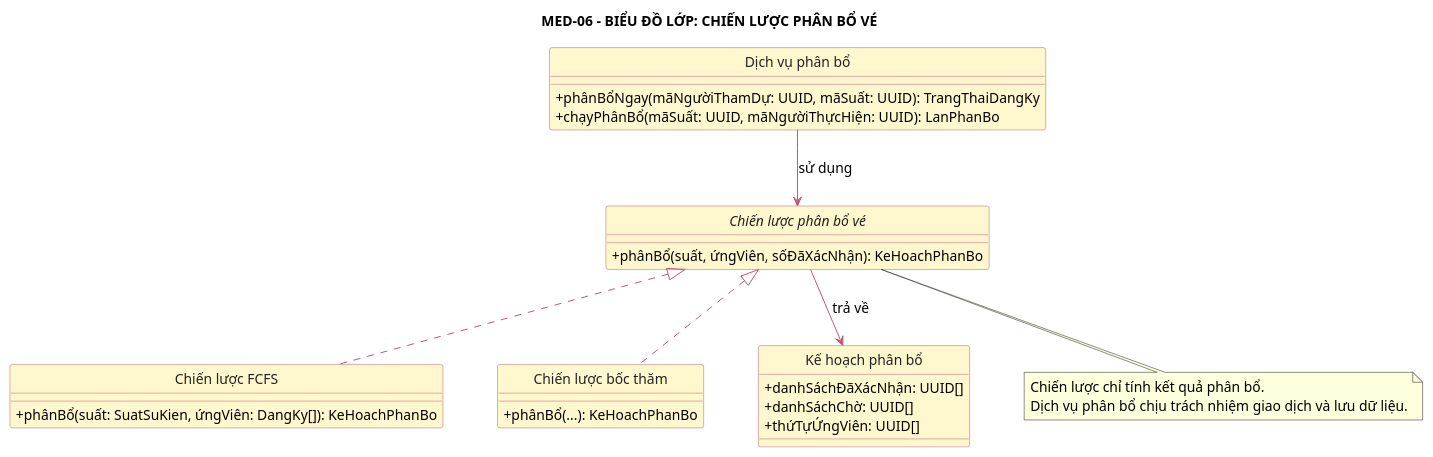
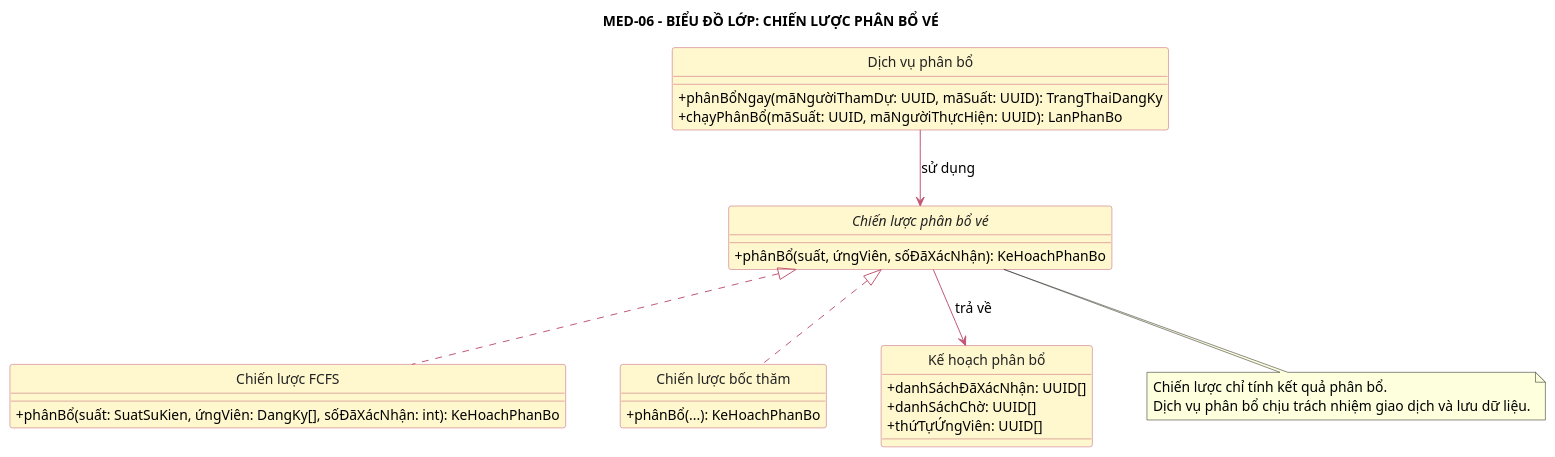
Before and after one commit to anh632k-ui/OOP-DoAn: the diagram in PTTK/03_ClassDiagram/03-class-diagram-strategy.puml, drawn with PlantUML.

Commit message:
fix(pttk): đồng bộ chữ ký và thông điệp lớp nghiệp vụ

```diff
--- a/PTTK/03_ClassDiagram/03-class-diagram-strategy.puml
+++ b/PTTK/03_ClassDiagram/03-class-diagram-strategy.puml
@@ -1,53 +1,53 @@
 @startuml
 skinparam class {
  BackgroundColor #FFF8CE
  BorderColor #C05773
  ArrowColor #C05773
  FontColor #222222
 }
 top to bottom direction
 skinparam shadowing false
 skinparam classAttributeIconSize 0
 skinparam defaultFontSize 14
 skinparam nodesep 55
 skinparam ranksep 55
 hide circle
 hide stereotypes
 
 title MED-06 - BIỂU ĐỒ LỚP: CHIẾN LƯỢC PHÂN BỔ VÉ
 
 class "Dịch vụ phân bổ" as DVPhanBo {
   + phânBổNgay(mãNgườiThamDự: UUID, mãSuất: UUID): TrangThaiDangKy
   + chạyPhânBổ(mãSuất: UUID, mãNgườiThựcHiện: UUID): LanPhanBo
 }
 
 interface "Chiến lược phân bổ vé" as ChienLuocPhanBo {
   + phânBổ(suất, ứngViên, sốĐãXácNhận): KeHoachPhanBo
 }
 
 class "Chiến lược FCFS" as ChienLuocFCFS {
-  + phânBổ(suất: SuatSuKien, ứngViên: DangKy[]): KeHoachPhanBo
+  + phânBổ(suất: SuatSuKien, ứngViên: DangKy[], sốĐãXácNhận: int): KeHoachPhanBo
 }
 
 class "Chiến lược bốc thăm" as ChienLuocBocTham {
   + phânBổ(...): KeHoachPhanBo
 }
 
 class "Kế hoạch phân bổ" as KeHoachPhanBo {
   + danhSáchĐãXácNhận: UUID[]
   + danhSáchChờ: UUID[]
   + thứTựỨngViên: UUID[]
 }
 
 DVPhanBo --> ChienLuocPhanBo : sử dụng
 ChienLuocPhanBo <|.. ChienLuocFCFS
 ChienLuocPhanBo <|.. ChienLuocBocTham
 ChienLuocPhanBo --> KeHoachPhanBo : trả về
 
 ChienLuocFCFS -[hidden]right- ChienLuocBocTham
 
 note bottom of ChienLuocPhanBo
 Chiến lược chỉ tính kết quả phân bổ.
 Dịch vụ phân bổ chịu trách nhiệm giao dịch và lưu dữ liệu.
 end note
 @enduml
```
